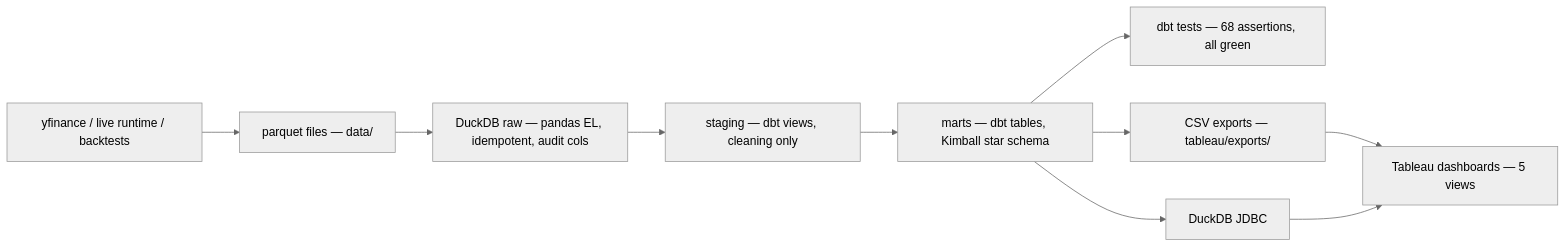
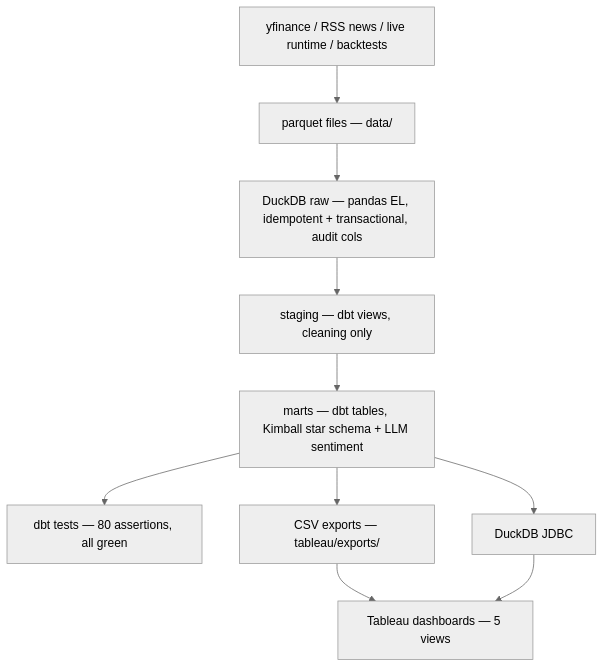
One commit to C0k11/stock-share-Helper changed the fourth of 4 diagrams in README.md. Above: the diagram before and after it, drawn with Mermaid (neutral theme). The commit also changed other lines of this file, not shown here.

Commit message:
README: fix mermaid rendering on GitHub - agent chain and data stack

````diff
--- a/README.md
+++ b/README.md
@@ -163,12 +166,12 @@
 ```mermaid
-flowchart LR
-    SRC["yfinance / live runtime / backtests"] --> PQ["parquet files — data/"]
-    PQ --> RAW["DuckDB raw — pandas EL, idempotent, audit cols"]
+flowchart TB
+    SRC["yfinance / RSS news / live runtime / backtests"] --> PQ["parquet files — data/"]
+    PQ --> RAW["DuckDB raw — pandas EL, idempotent + transactional, audit cols"]
     RAW --> STG["staging — dbt views, cleaning only"]
-    STG --> MRT["marts — dbt tables, Kimball star schema"]
-    MRT --> TST["dbt tests — 68 assertions, all green"]
+    STG --> MRT["marts — dbt tables, Kimball star schema + LLM sentiment"]
+    MRT --> TST["dbt tests — 80 assertions, all green"]
     MRT --> CSV["CSV exports — tableau/exports/"]
     MRT --> JDBC["DuckDB JDBC"]
     CSV --> TAB["Tableau dashboards — 5 views"]
     JDBC --> TAB
 ```
````
